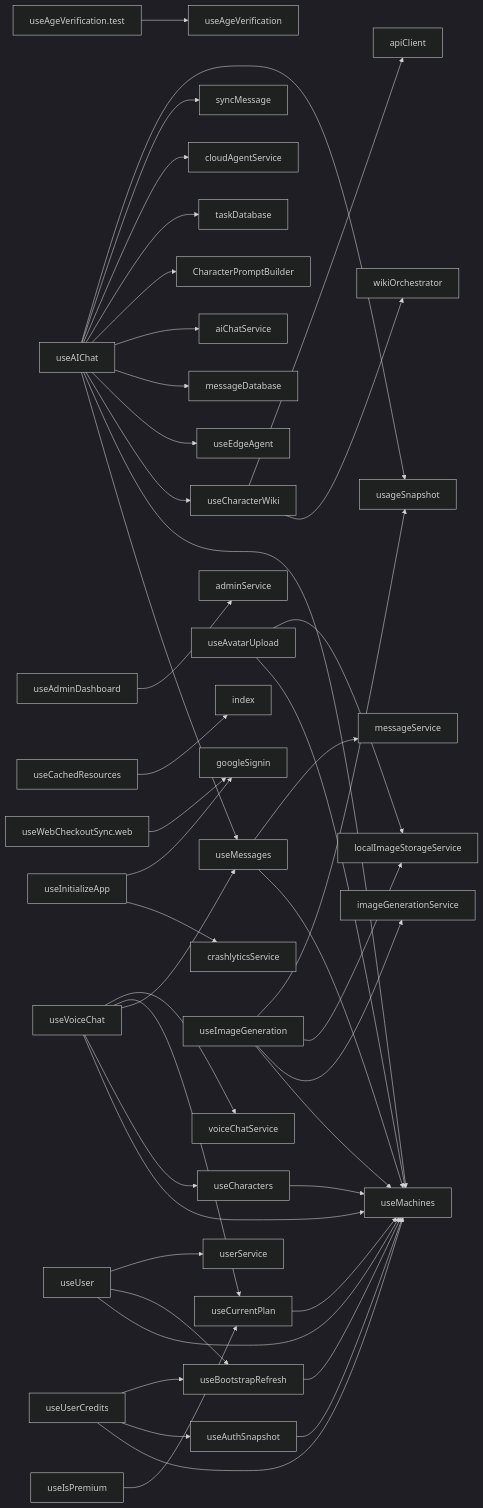
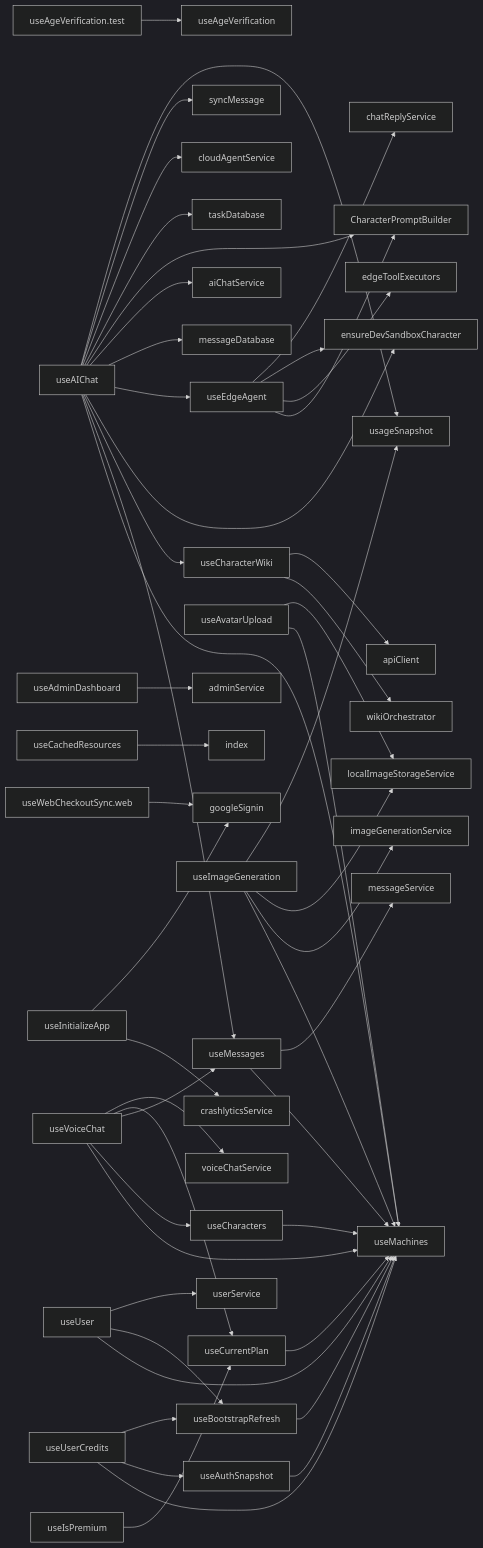
The diagram in docs/flowcharts/HOOKS.md (equationalapplications/clanker), drawn with Mermaid (dark theme) before and after one commit. The commit also changed 3 other files, not shown here.

Commit message:
docs(flowcharts): regenerate dependency charts after dev-sandbox changes

````diff
--- a/docs/flowcharts/HOOKS.md
+++ b/docs/flowcharts/HOOKS.md
@@ -4,46 +4,51 @@
 ```mermaid
 graph LR
   useAgeVerification.test --> useAgeVerification
+  useAIChat --> useMachines
   useAIChat --> useMessages
-  useAIChat --> useMachines
   useAIChat --> useCharacterWiki
+  useAIChat --> ensureDevSandboxCharacter
   useAIChat --> useEdgeAgent
   useAIChat --> messageDatabase
   useAIChat --> aiChatService
   useAIChat --> CharacterPromptBuilder
   useAIChat --> taskDatabase
   useAIChat --> cloudAgentService
   useAIChat --> syncMessage
   useAIChat --> usageSnapshot
   useAdminDashboard --> adminService
   useAuthSnapshot --> useMachines
   useAvatarUpload --> useMachines
   useAvatarUpload --> localImageStorageService
   useBootstrapRefresh --> useMachines
   useCachedResources --> index
   useCharacterWiki --> wikiOrchestrator
   useCharacterWiki --> apiClient
   useCharacters --> useMachines
   useCurrentPlan --> useMachines
+  useEdgeAgent --> CharacterPromptBuilder
+  useEdgeAgent --> edgeToolExecutors
+  useEdgeAgent --> ensureDevSandboxCharacter
+  useEdgeAgent --> chatReplyService
   useImageGeneration --> useMachines
   useImageGeneration --> imageGenerationService
   useImageGeneration --> localImageStorageService
   useImageGeneration --> usageSnapshot
   useInitializeApp --> crashlyticsService
   useInitializeApp --> googleSignin
   useIsPremium --> useCurrentPlan
   useMessages --> useMachines
   useMessages --> messageService
   useUser --> useMachines
   useUser --> useBootstrapRefresh
   useUser --> userService
   useUserCredits --> useMachines
   useUserCredits --> useAuthSnapshot
   useUserCredits --> useBootstrapRefresh
   useVoiceChat --> useMachines
   useVoiceChat --> useCharacters
   useVoiceChat --> useMessages
   useVoiceChat --> useCurrentPlan
   useVoiceChat --> voiceChatService
   useWebCheckoutSync.web --> googleSignin
 ```
````
